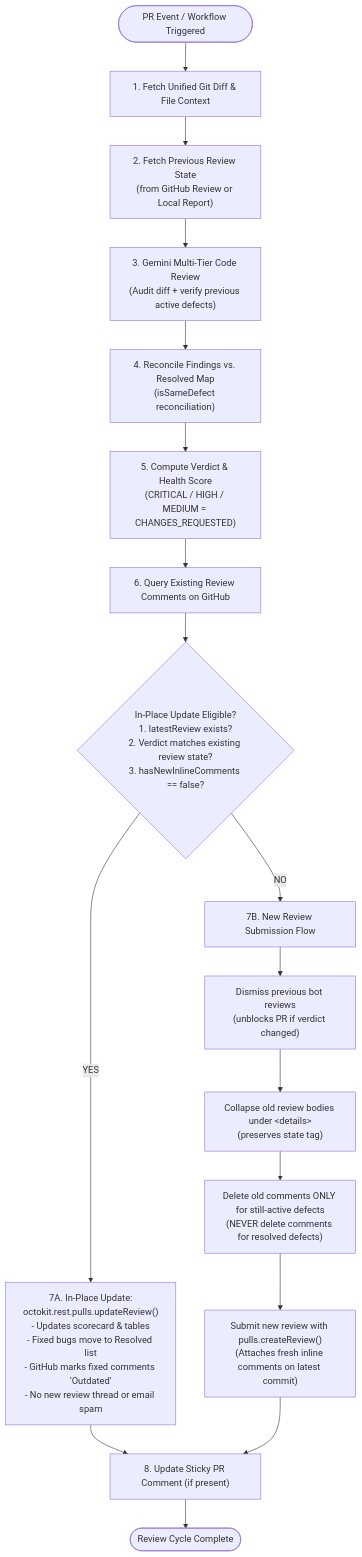
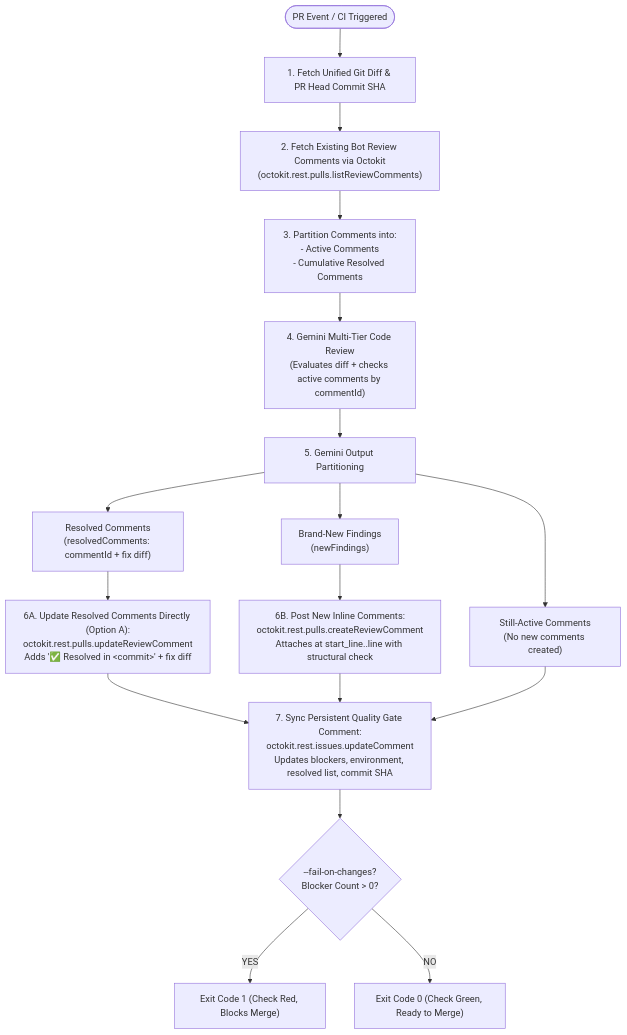
The diagram in PR_REVIEW_FLOW_GUIDE.md (RohitKeshavala/PR_Review_Bot), drawn with Mermaid before and after one commit. The commit also changed other lines of this file and 6 other files, not shown here.

Commit message:
PR_Bot Fixed with new single top level comment flow

````diff
--- a/PR_REVIEW_FLOW_GUIDE.md
+++ b/PR_REVIEW_FLOW_GUIDE.md
@@ -31,24 +32,23 @@
 ```mermaid
 flowchart TD
-    Start(["PR Event / Workflow Triggered"]) --> FetchDiff["1. Fetch Unified Git Diff & File Context"]
-    FetchDiff --> FetchState["2. Fetch Previous Review State<br/>(from GitHub Review or Local Report)"]
-    FetchState --> GeminiReview["3. Gemini Multi-Tier Code Review<br/>(Audit diff + verify previous active defects)"]
-    GeminiReview --> Reconcile["4. Reconcile Findings vs. Resolved Map<br/>(isSameDefect reconciliation)"]
-    Reconcile --> Scorecard["5. Compute Verdict & Health Score<br/>(CRITICAL / HIGH / MEDIUM = CHANGES_REQUESTED)"]
-    Scorecard --> FetchComments["6. Query Existing Review Comments on GitHub"]
+    Start(["PR Event / CI Triggered"]) --> FetchDiff["1. Fetch Unified Git Diff & PR Head Commit SHA"]
+    FetchDiff --> FetchComments["2. Fetch Existing Bot Review Comments via Octokit<br/>(octokit.rest.pulls.listReviewComments)"]
+    FetchComments --> PartitionComments["3. Partition Comments into:<br/>- Active Comments<br/>- Cumulative Resolved Comments"]
+    PartitionComments --> GeminiReview["4. Gemini Multi-Tier Code Review<br/>(Evaluates diff + checks active comments by commentId)"]
     
-    FetchComments --> CheckInPlace{"In-Place Update Eligible?<br/>1. latestReview exists?<br/>2. Verdict matches existing review state?<br/>3. hasNewInlineComments == false?"}
+    GeminiReview --> PartitionOutput["5. Gemini Output Partitioning"]
+    PartitionOutput --> ResolvedList["Resolved Comments<br/>(resolvedComments: commentId + fix diff)"]
+    PartitionOutput --> StillActiveList["Still-Active Comments<br/>(No new comments created)"]
+    PartitionOutput --> BrandNewFindings["Brand-New Findings<br/>(newFindings)"]
     
-    CheckInPlace -- "YES" --> InPlaceUpdate["7A. In-Place Update:<br/>octokit.rest.pulls.updateReview()<br/>- Updates scorecard & tables<br/>- Fixed bugs move to Resolved list<br/>- GitHub marks fixed comments 'Outdated'<br/>- No new review thread or email spam"]
+    ResolvedList --> UpdateInline["6A. Update Resolved Comments Directly (Option A):<br/>octokit.rest.pulls.updateReviewComment<br/>Adds '✅ Resolved in &lt;commit&gt;' + fix diff"]
+    BrandNewFindings --> PostNewInline["6B. Post New Inline Comments:<br/>octokit.rest.pulls.createReviewComment<br/>Attaches at start_line..line with structural check"]
     
-    CheckInPlace -- "NO" --> NewReviewFlow["7B. New Review Submission Flow"]
+    UpdateInline --> SyncQualityGate["7. Sync Persistent Quality Gate Comment:<br/>octokit.rest.issues.updateComment<br/>Updates blockers, environment, resolved list, commit SHA"]
+    PostNewInline --> SyncQualityGate
+    StillActiveList --> SyncQualityGate
     
-    NewReviewFlow --> DismissOld["Dismiss previous bot reviews<br/>(unblocks PR if verdict changed)"]
-    DismissOld --> CollapseBody["Collapse old review bodies under &lt;details&gt;<br/>(preserves state tag)"]
-    CollapseBody --> CleanStaleComments["Delete old comments ONLY for still-active defects<br/>(NEVER delete comments for resolved defects)"]
-    CleanStaleComments --> PostNewReview["Submit new review with pulls.createReview()<br/>(Attaches fresh inline comments on latest commit)"]
-    
-    InPlaceUpdate --> StickyCheck["8. Update Sticky PR Comment (if present)"]
-    PostNewReview --> StickyCheck
-    StickyCheck --> End(["Review Cycle Complete"])
+    SyncQualityGate --> GateCheck{"--fail-on-changes?<br/>Blocker Count > 0?"}
+    GateCheck -- "YES" --> FailCI["Exit Code 1 (Check Red, Blocks Merge)"]
+    GateCheck -- "NO" --> PassCI["Exit Code 0 (Check Green, Ready to Merge)"]
 ```
````
